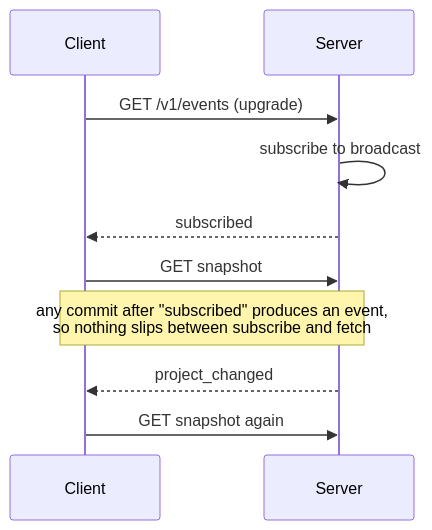
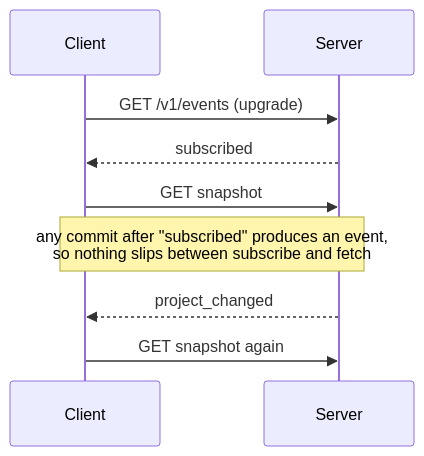
One commit to nuggocto/hyakume changed the diagram in docs/book.md. Above: the diagram before and after it, drawn with Mermaid. The commit also changed other lines of this file and 15 other files, not shown here.

````diff
--- a/docs/book.md
+++ b/docs/book.md
@@ -127,12 +138,11 @@
 ```mermaid
 sequenceDiagram
     participant C as Client
     participant S as Server
     C->>S: GET /v1/events (upgrade)
-    S->>S: subscribe to broadcast
     S-->>C: subscribed
     C->>S: GET snapshot
     Note over C,S: any commit after "subscribed" produces an event,<br/>so nothing slips between subscribe and fetch
     S-->>C: project_changed
     C->>S: GET snapshot again
 ```
````
